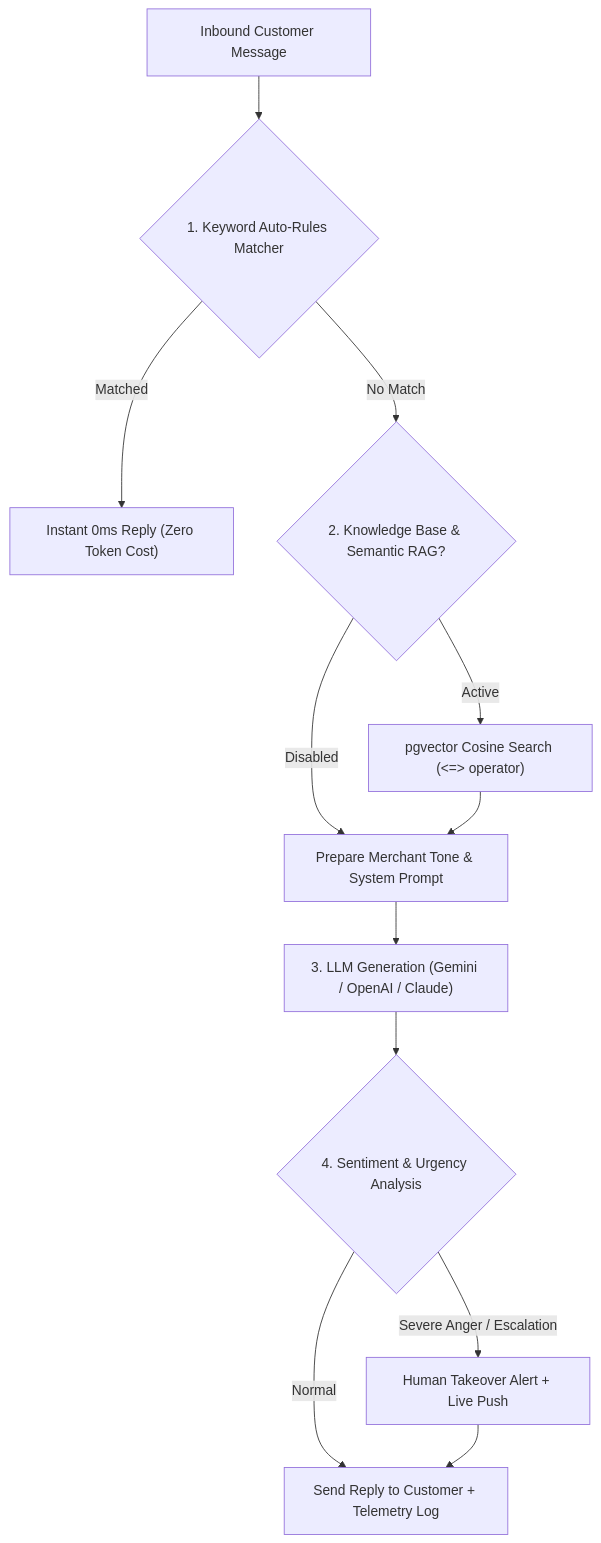
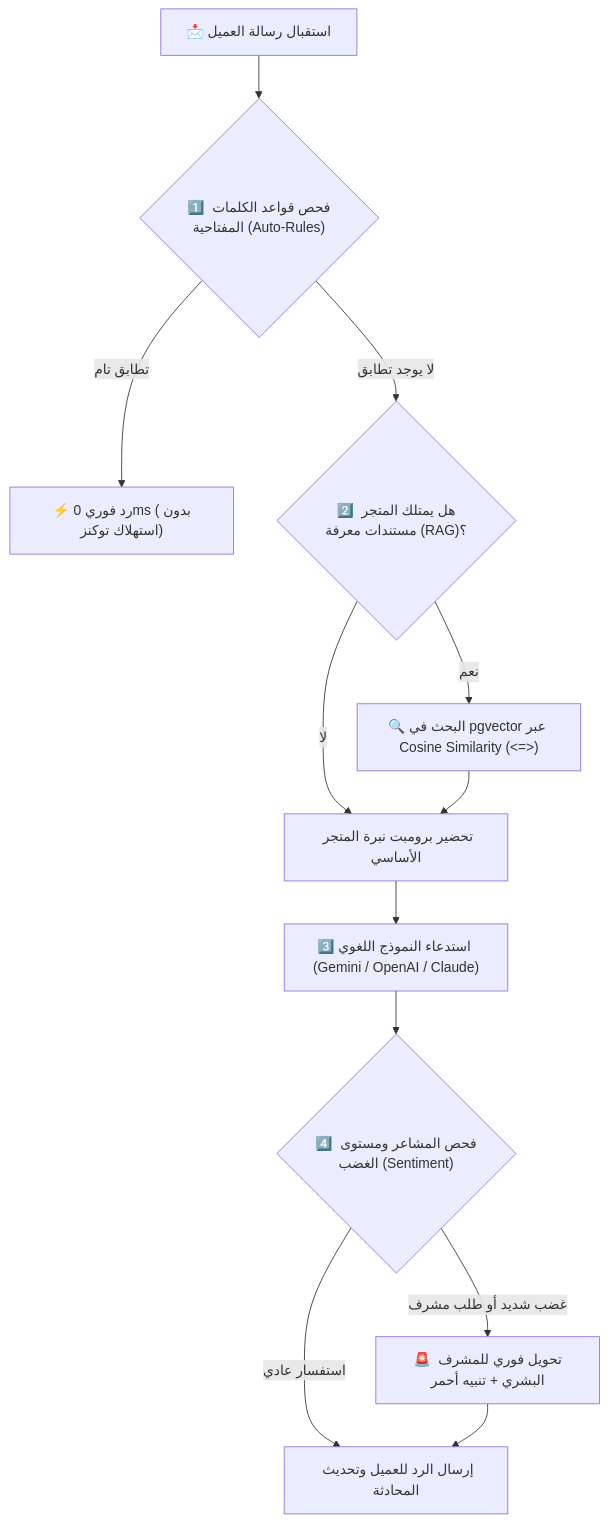
The third of 3 diagrams in DOCS/v2/RUDOOD_PLATFORM_V2_COMPLETE_ARCHITECTURE_OUTLINE.md (abdo544445/rudood-platform-v2), drawn with Mermaid before and after one commit. The commit also changed other lines of this file and 2 other files, not shown here.

````diff
--- a/DOCS/v2/RUDOOD_PLATFORM_V2_COMPLETE_ARCHITECTURE_OUTLINE.md
+++ b/DOCS/v2/RUDOOD_PLATFORM_V2_COMPLETE_ARCHITECTURE_OUTLINE.md
@@ -220,18 +262,18 @@
 ```mermaid
 flowchart TD
-    IN["Inbound Customer Message"] --> TIER1{"1. Keyword Auto-Rules Matcher"}
+    IN["📩 استقبال رسالة العميل"] --> T1{"1️⃣ فحص قواعد الكلمات المفتاحية (Auto-Rules)"}
     
-    TIER1 -- "Matched" --> R1["Instant 0ms Reply (Zero Token Cost)"]
-    TIER1 -- "No Match" --> TIER2{"2. Knowledge Base & Semantic RAG?"}
+    T1 -- "تطابق تام" --> R1["⚡ رد فوري 0ms (بدون استهلاك توكنز)"]
+    T1 -- "لا يوجد تطابق" --> T2{"2️⃣ هل يمتلك المتجر مستندات معرفة (RAG)؟"}
     
-    TIER2 -- "Active" --> VEC["pgvector Cosine Search (<=> operator)"]
-    TIER2 -- "Disabled" --> PROMPT["Prepare Merchant Tone & System Prompt"]
+    T2 -- "نعم" --> VEC["🔍 البحث في pgvector عبر Cosine Similarity (<=>)"]
+    T2 -- "لا" --> PROMPT["تحضير برومبت نبرة المتجر الأساسي"]
     
     VEC --> PROMPT
-    PROMPT --> LLM["3. LLM Generation (Gemini / OpenAI / Claude)"]
-    LLM --> SENT{"4. Sentiment & Urgency Analysis"}
+    PROMPT --> LLM["3️⃣ استدعاء النموذج اللغوي (Gemini / OpenAI / Claude)"]
+    LLM --> SENT{"4️⃣ فحص المشاعر ومستوى الغضب (Sentiment)"}
     
-    SENT -- "Severe Anger / Escalation" --> ESC["Human Takeover Alert + Live Push"]
-    SENT -- "Normal" --> OUT["Send Reply to Customer + Telemetry Log"]
+    SENT -- "غضب شديد أو طلب مشرف" --> ESC["🚨 تحويل فوري للمشرف البشري + تنبيه أحمر"]
+    SENT -- "استفسار عادي" --> OUT["إرسال الرد للعميل وتحديث المحادثة"]
     ESC --> OUT
 ```
````
